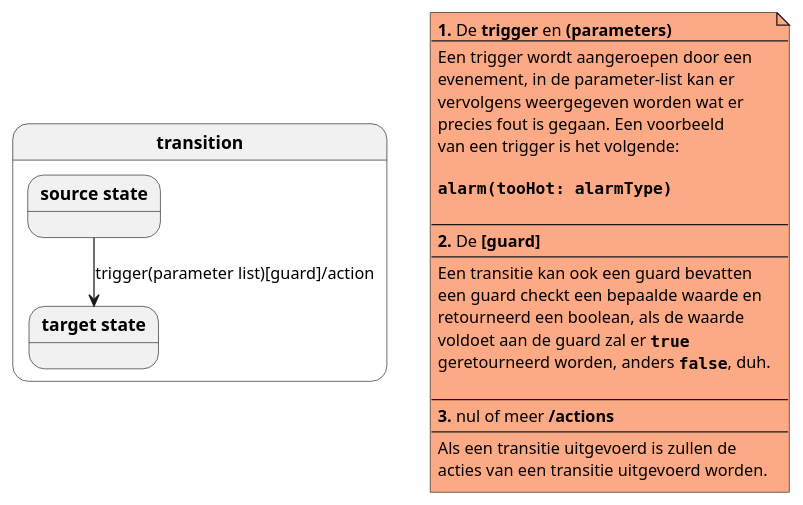
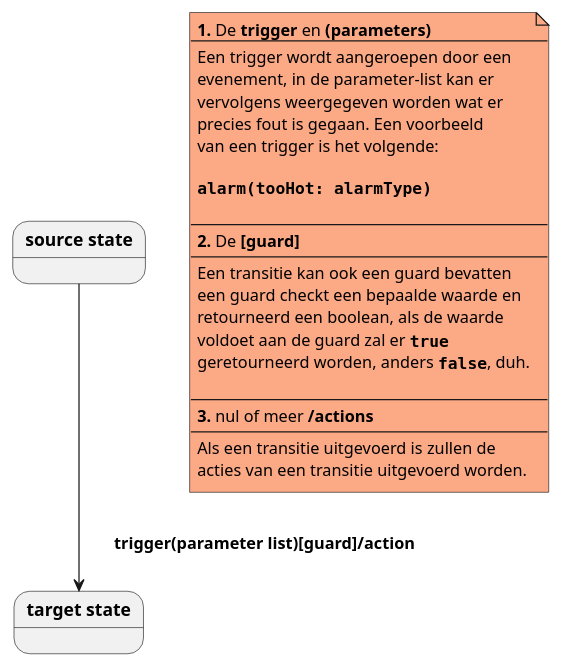
Before and after one commit to LukevLuijn/cheat_sheet_osm_mo: the diagram in plantuml/state/transition_elements.puml, drawn with PlantUML. The commit also changed 28 other files, not shown here.

Commit message:
[cheat-sheet] added colors to all diagrams #2.

```diff
--- a/plantuml/state/transition_elements.puml
+++ b/plantuml/state/transition_elements.puml
@@ -1,77 +1,76 @@
 @startuml
 'https://plantuml.com/state-diagram
 
-state state_2 as "**transition**" {
-    state state_0 as "**source state**"
-    state state_1 as "**target state**"
 
-    state_0 --> state_1 : trigger(parameter list)[guard]/action
-}
+state state_0 as "**source state**"
+state state_1 as "**target state**"
+state_0 --> state_1 : \t**trigger(parameter list)[guard]/action**
+
 
 note as n1 #FCA985
    **1.** De **trigger** en **(parameters)**
    --
    Een trigger wordt aangeroepen door een
    evenement, in de parameter-list kan er
    vervolgens weergegeven worden wat er
    precies fout is gegaan. Een voorbeeld
    van een trigger is het volgende:
 
    **""alarm(tooHot: alarmType)""**
 
    --
    **2.** De **[guard]**
    --
    Een transitie kan ook een guard bevatten
    een guard checkt een bepaalde waarde en
    retourneerd een boolean, als de waarde
    voldoet aan de guard zal er **""true""**
    geretourneerd worden, anders **""false""**, duh.
 
    --
    **3.** nul of meer **/actions**
    --
    Als een transitie uitgevoerd is zullen de
    acties van een transitie uitgevoerd worden.
 end note
 
 
 
 
 'n1 -[hidden]left-> state_0
 'n3 -[hidden]left-> state_1
 
 'n1 -[hidden]up> n2
 'n2 -[hidden]> n3
 
 'additional hidden arrows remove the
 'arrows all together.
 'n1 -[hidden]down> n2
 'n2 -[hidden]down> n3
 
 
 
 'n1 -[hidden]-> state_0
 'n1 -[hidden]-> state_1
 
 'scale 350 width
 '[*] --> NotShooting
 '
 'state NotShooting {
 '  [*] --> Idle
 '  Idle --> Configuring : EvConfig
 '  Configuring --> Idle : EvConfig
 '}
 '
 'state Configuring {
 '  [*] --> NewValueSelection
 '  NewValueSelection --> NewValuePreview : EvNewValue
 '  NewValuePreview --> NewValueSelection : EvNewValueRejected
 '  NewValuePreview --> NewValueSelection : EvNewValueSaved
 '
 '  state NewValuePreview {
 '     State1 -> State2
 '  }
 '
 '}
 @enduml
```
